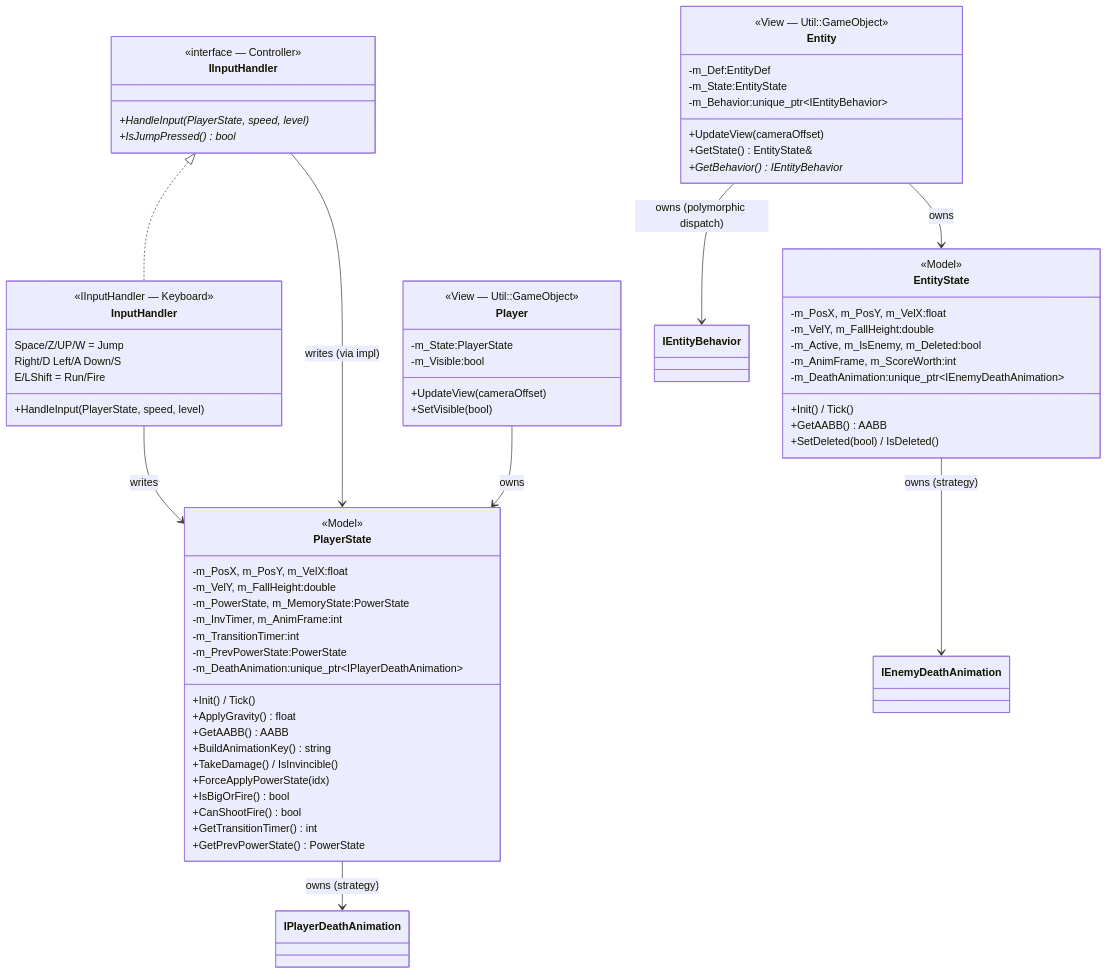
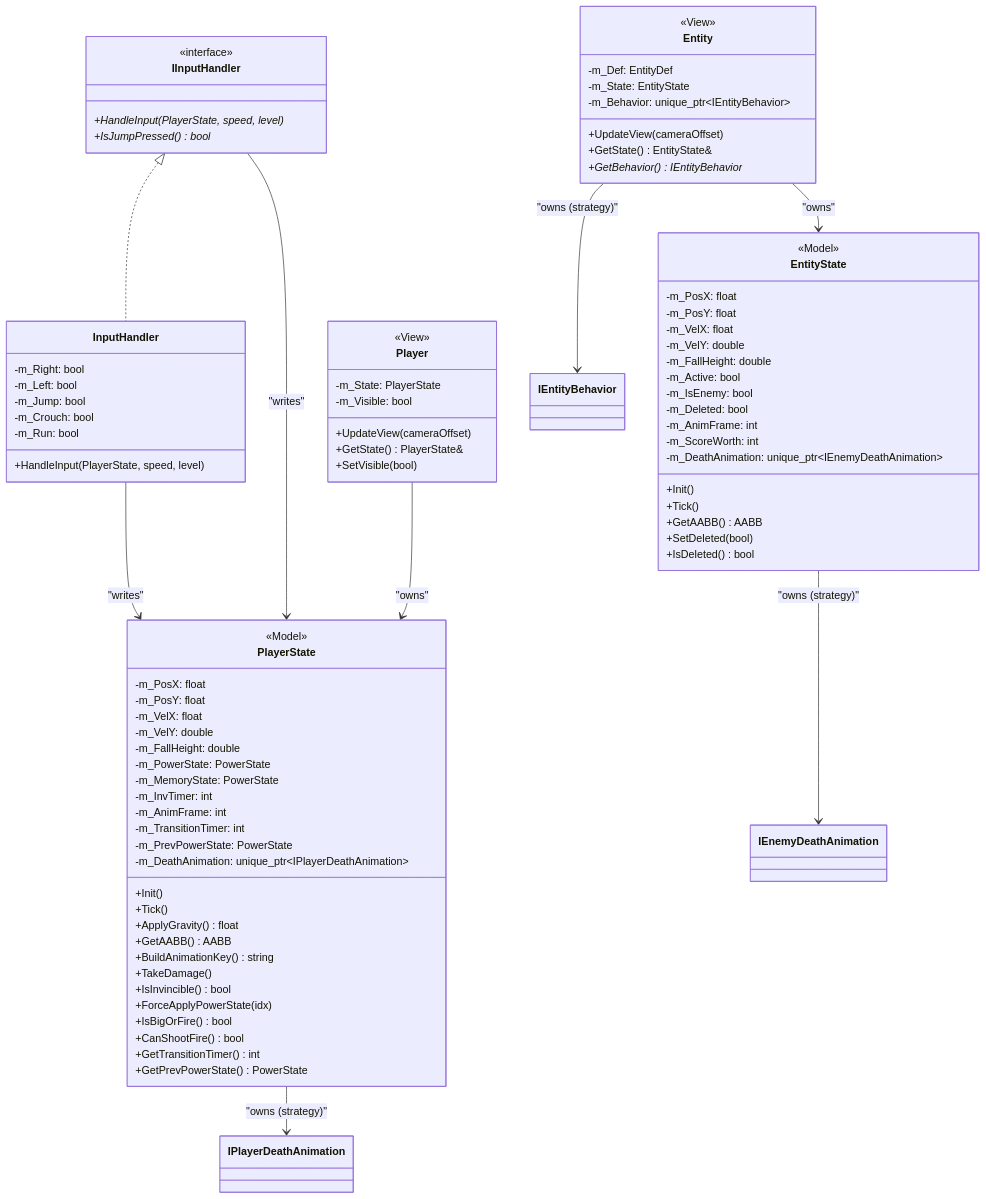
Before and after one commit to Andy87877/NTUT_OOPL_mario: the ninth of 23 diagrams in Constructure.md, drawn with Mermaid. The commit also changed other lines of this file, not shown here.

````diff
--- a/Constructure.md
+++ b/Constructure.md
@@ -646,18 +629,25 @@
 
     class PlayerState {
         <<Model>>
-        -m_PosX, m_PosY, m_VelX:float
-        -m_VelY, m_FallHeight:double
-        -m_PowerState, m_MemoryState:PowerState
-        -m_InvTimer, m_AnimFrame:int
-        -m_TransitionTimer:int
-        -m_PrevPowerState:PowerState
-        -m_DeathAnimation:unique_ptr~IPlayerDeathAnimation~
-        +Init() / Tick()
+        -m_PosX: float
+        -m_PosY: float
+        -m_VelX: float
+        -m_VelY: double
+        -m_FallHeight: double
+        -m_PowerState: PowerState
+        -m_MemoryState: PowerState
+        -m_InvTimer: int
+        -m_AnimFrame: int
+        -m_TransitionTimer: int
+        -m_PrevPowerState: PowerState
+        -m_DeathAnimation: unique_ptr~IPlayerDeathAnimation~
+        +Init()
+        +Tick()
         +ApplyGravity() float
         +GetAABB() AABB
         +BuildAnimationKey() string
-        +TakeDamage() / IsInvincible()
+        +TakeDamage()
+        +IsInvincible() bool
         +ForceApplyPowerState(idx)
         +IsBigOrFire() bool
         +CanShootFire() bool
@@ -666,24 +656,26 @@
     }
 
     class Player {
-        <<View — Util::GameObject>>
-        -m_State:PlayerState
-        -m_Visible:bool
+        <<View>>
+        -m_State: PlayerState
+        -m_Visible: bool
         +UpdateView(cameraOffset)
+        +GetState() PlayerState&
         +SetVisible(bool)
     }
 
     class IInputHandler {
-        <<interface — Controller>>
+        <<interface>>
         +HandleInput(PlayerState, speed, level)*
         +IsJumpPressed() bool*
     }
 
     class InputHandler {
-        <<IInputHandler — Keyboard>>
-        Space/Z/UP/W = Jump
-        Right/D Left/A Down/S
-        E/LShift = Run/Fire
+        -m_Right: bool
+        -m_Left: bool
+        -m_Jump: bool
+        -m_Crouch: bool
+        -m_Run: bool
         +HandleInput(PlayerState, speed, level)
     }
 
@@ -691,32 +683,40 @@
 
     class EntityState {
         <<Model>>
-        -m_PosX, m_PosY, m_VelX:float
-        -m_VelY, m_FallHeight:double
-        -m_Active, m_IsEnemy, m_Deleted:bool
-        -m_AnimFrame, m_ScoreWorth:int
-        -m_DeathAnimation:unique_ptr~IEnemyDeathAnimation~
-        +Init() / Tick()
+        -m_PosX: float
+        -m_PosY: float
+        -m_VelX: float
+        -m_VelY: double
+        -m_FallHeight: double
+        -m_Active: bool
+        -m_IsEnemy: bool
+        -m_Deleted: bool
+        -m_AnimFrame: int
+        -m_ScoreWorth: int
+        -m_DeathAnimation: unique_ptr~IEnemyDeathAnimation~
+        +Init()
+        +Tick()
         +GetAABB() AABB
-        +SetDeleted(bool) / IsDeleted()
+        +SetDeleted(bool)
+        +IsDeleted() bool
     }
 
     class Entity {
-        <<View — Util::GameObject>>
-        -m_Def:EntityDef
-        -m_State:EntityState
-        -m_Behavior:unique_ptr~IEntityBehavior~
+        <<View>>
+        -m_Def: EntityDef
+        -m_State: EntityState
+        -m_Behavior: unique_ptr~IEntityBehavior~
         +UpdateView(cameraOffset)
         +GetState() EntityState&
         +GetBehavior() IEntityBehavior*
     }
 
-    InputHandler --> PlayerState : writes
-    IInputHandler --> PlayerState : writes (via impl)
-    Player --> PlayerState : owns
-    PlayerState --> IPlayerDeathAnimation : owns (strategy)
+    InputHandler --> PlayerState : "writes"
+    IInputHandler --> PlayerState : "writes"
+    Player --> PlayerState : "owns"
+    PlayerState --> IPlayerDeathAnimation : "owns (strategy)"
 
-    Entity --> EntityState : owns
-    EntityState --> IEnemyDeathAnimation : owns (strategy)
-    Entity --> IEntityBehavior : owns (polymorphic dispatch)
+    Entity --> EntityState : "owns"
+    EntityState --> IEnemyDeathAnimation : "owns (strategy)"
+    Entity --> IEntityBehavior : "owns (strategy)"
 ```
````
